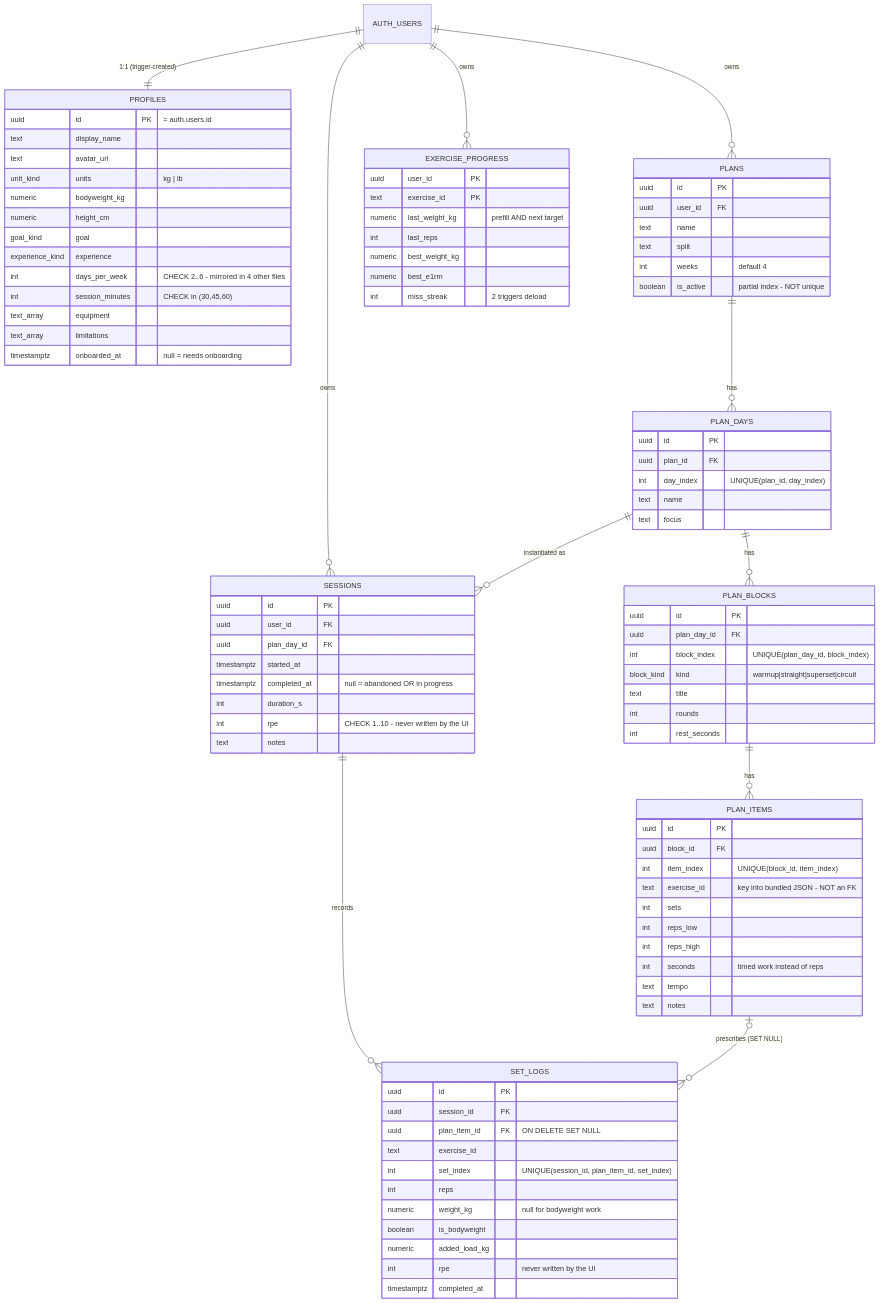
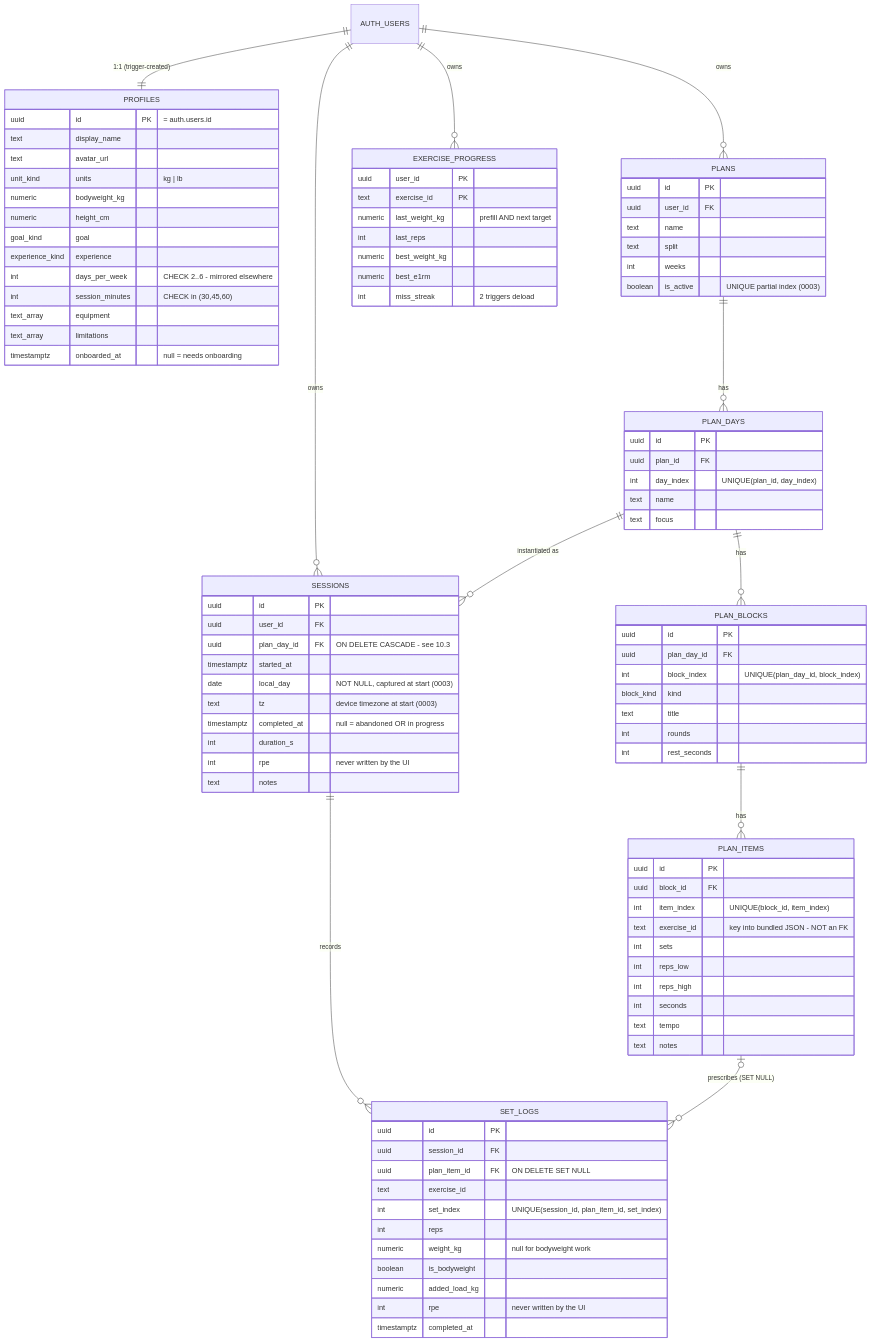
Before and after one commit to mateosauton/personal-trainer: the sixth of 7 diagrams in docs/ENGINEERING_HANDOFF.md, drawn with Mermaid. The commit also changed other lines of this file and 1 other file, not shown here.

```diff
--- a/docs/ENGINEERING_HANDOFF.md
+++ b/docs/ENGINEERING_HANDOFF.md
@@ -939,7 +851,7 @@
         numeric height_cm
         goal_kind goal
         experience_kind experience
-        int days_per_week "CHECK 2..6 - mirrored in 4 other files"
+        int days_per_week "CHECK 2..6 - mirrored elsewhere"
         int session_minutes "CHECK in (30,45,60)"
         text_array equipment
         text_array limitations
@@ -950,8 +862,8 @@
         uuid user_id FK
         text name
         text split
-        int weeks "default 4"
-        boolean is_active "partial index - NOT unique"
+        int weeks
+        boolean is_active "UNIQUE partial index (0003)"
     }
     PLAN_DAYS {
         uuid id PK
@@ -964,7 +876,7 @@
         uuid id PK
         uuid plan_day_id FK
         int block_index "UNIQUE(plan_day_id, block_index)"
-        block_kind kind "warmup|straight|superset|circuit"
+        block_kind kind
         text title
         int rounds
         int rest_seconds
@@ -977,18 +889,20 @@
         int sets
         int reps_low
         int reps_high
-        int seconds "timed work instead of reps"
+        int seconds
         text tempo
         text notes
     }
     SESSIONS {
         uuid id PK
         uuid user_id FK
-        uuid plan_day_id FK
+        uuid plan_day_id FK "ON DELETE CASCADE - see 10.3"
         timestamptz started_at
+        date local_day "NOT NULL, captured at start (0003)"
+        text tz "device timezone at start (0003)"
         timestamptz completed_at "null = abandoned OR in progress"
         int duration_s
-        int rpe "CHECK 1..10 - never written by the UI"
+        int rpe "never written by the UI"
         text notes
     }
     SET_LOGS {
```
